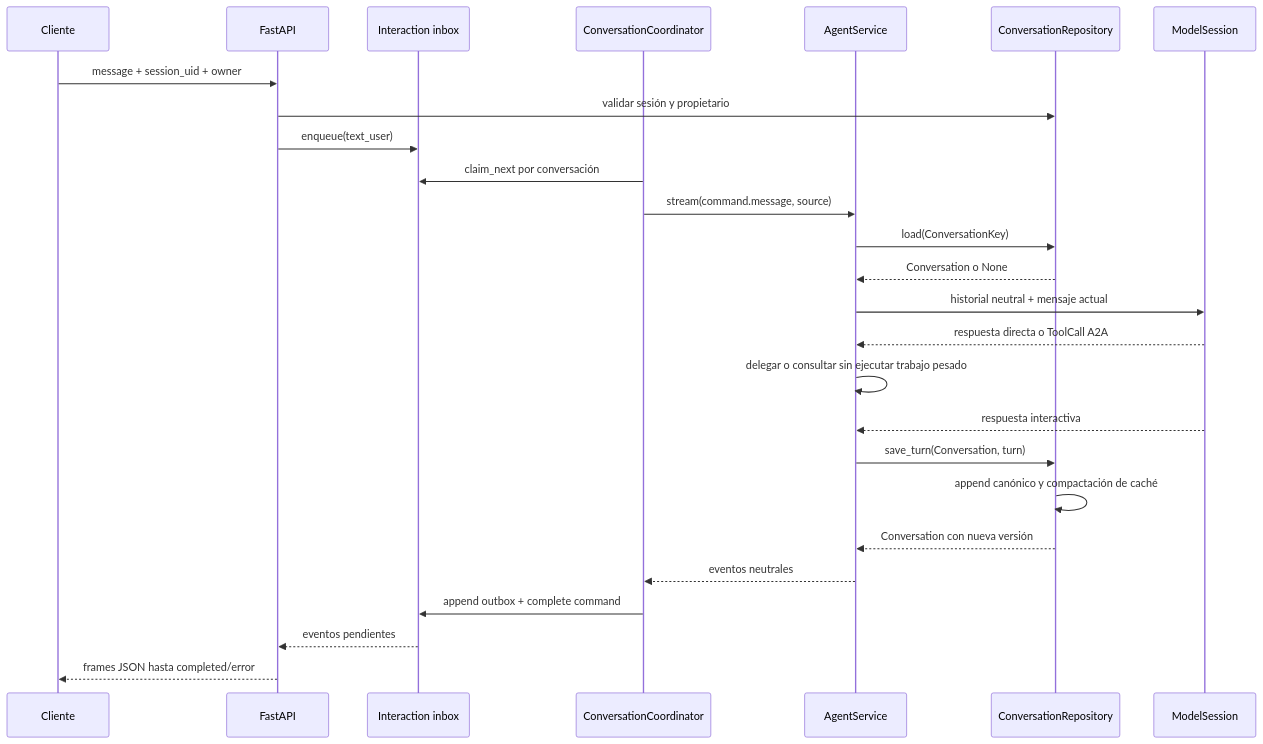
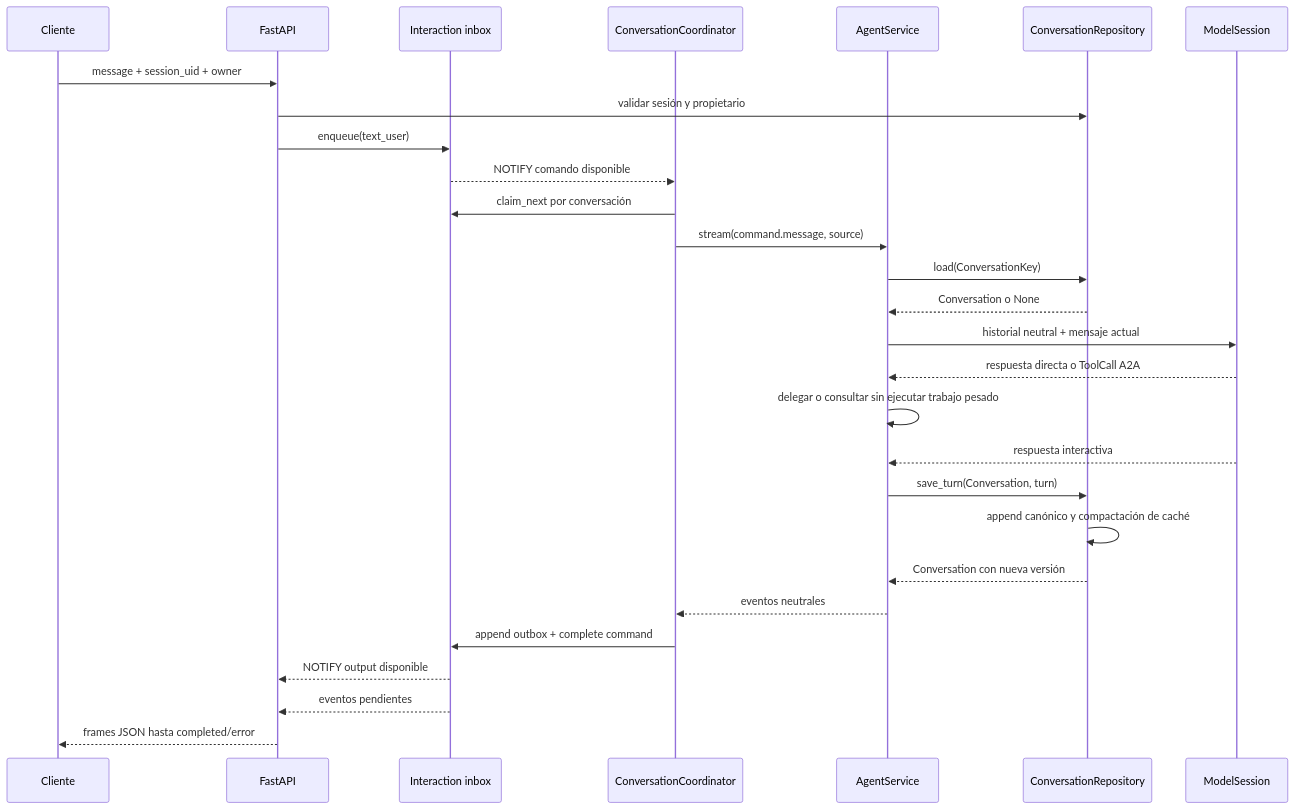
One commit to SergioReyesM24/TesseraFlow changed the second of 2 diagrams in README.md. Above: the diagram before and after it, drawn with Mermaid. The commit also changed other lines of this file and 13 other files, not shown here.

````diff
--- a/README.md
+++ b/README.md
@@ -338,29 +344,31 @@
 ```mermaid
 sequenceDiagram
     participant C as Cliente
     participant A as FastAPI
     participant I as Interaction inbox
     participant K as ConversationCoordinator
     participant S as AgentService
     participant R as ConversationRepository
     participant M as ModelSession
 
     C->>A: message + session_uid + owner
     A->>R: validar sesión y propietario
     A->>I: enqueue(text_user)
+    I-->>K: NOTIFY comando disponible
     K->>I: claim_next por conversación
     K->>S: stream(command.message, source)
     S->>R: load(ConversationKey)
     R-->>S: Conversation o None
     S->>M: historial neutral + mensaje actual
     M-->>S: respuesta directa o ToolCall A2A
     S->>S: delegar o consultar sin ejecutar trabajo pesado
     M-->>S: respuesta interactiva
     S->>R: save_turn(Conversation, turn)
     R->>R: append canónico y compactación de caché
     R-->>S: Conversation con nueva versión
     S-->>K: eventos neutrales
     K->>I: append outbox + complete command
+    I-->>A: NOTIFY output disponible
     I-->>A: eventos pendientes
     A-->>C: frames JSON hasta completed/error
 ```
````
